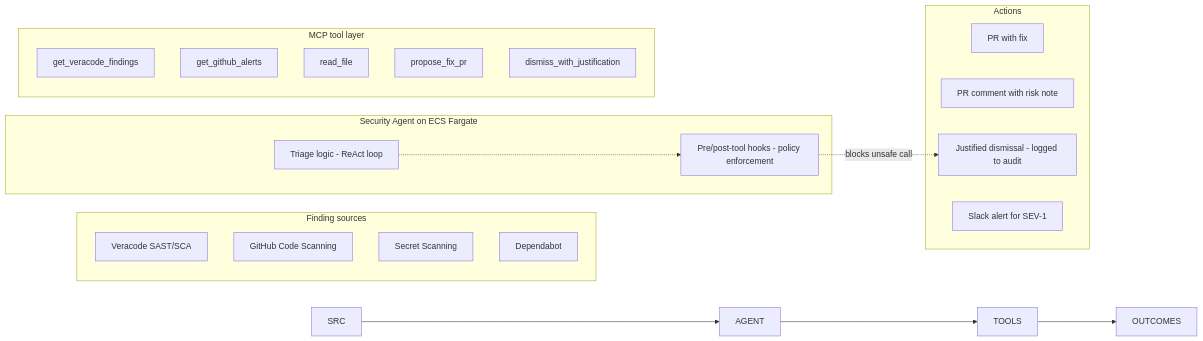
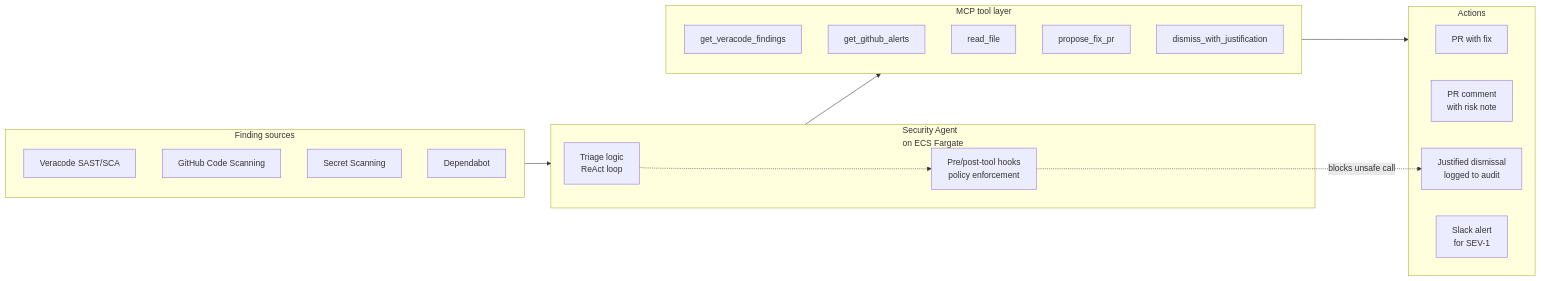
One commit to aba-d/demogitactions changed the fifth of 13 diagrams in DevOps Agent Learning.md. Above: the diagram before and after it, drawn with Mermaid. The commit also changed other lines of this file, not shown here.

Commit message:
SCRUM-31 Added the new file updated with new one agent

````diff
--- a/DevOps Agent Learning.md
+++ b/DevOps Agent Learning.md
@@ -287,33 +339,33 @@
 ```mermaid
 flowchart LR
-    subgraph Finding sources
-        VC[Veracode SAST/SCA]
+    subgraph SRC["Finding sources"]
+        VC["Veracode SAST/SCA"]
         GHAS[GitHub Code Scanning]
         SS[Secret Scanning]
         DEP[Dependabot]
     end
 
-    subgraph Security Agent on ECS Fargate
-        TRIAGE[Triage logic - ReAct loop]
-        HOOKS[Pre/post-tool hooks - policy enforcement]
+    subgraph AGENT["Security Agent<br/>on ECS Fargate"]
+        TRIAGE["Triage logic<br/>ReAct loop"]
+        HOOKS["Pre/post-tool hooks<br/>policy enforcement"]
         TRIAGE -.-> HOOKS
     end
 
-    subgraph MCP tool layer
+    subgraph TOOLS["MCP tool layer"]
         T1[get_veracode_findings]
         T2[get_github_alerts]
         T3[read_file]
         T4[propose_fix_pr]
         T5[dismiss_with_justification]
     end
 
-    subgraph Actions
+    subgraph OUTCOMES["Actions"]
         PR[PR with fix]
-        COMMENT[PR comment with risk note]
-        DISMISS[Justified dismissal - logged to audit]
-        ALERT[Slack alert for SEV-1]
+        COMMENT["PR comment<br/>with risk note"]
+        DISMISS["Justified dismissal<br/>logged to audit"]
+        ALERT["Slack alert<br/>for SEV-1"]
     end
 
     SRC --> AGENT --> TOOLS --> OUTCOMES
     HOOKS -.->|blocks unsafe call| DISMISS
 ```
````
